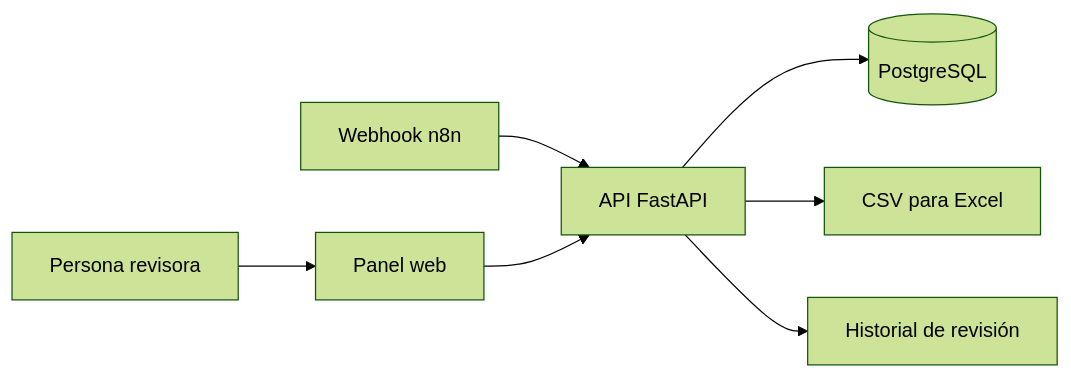
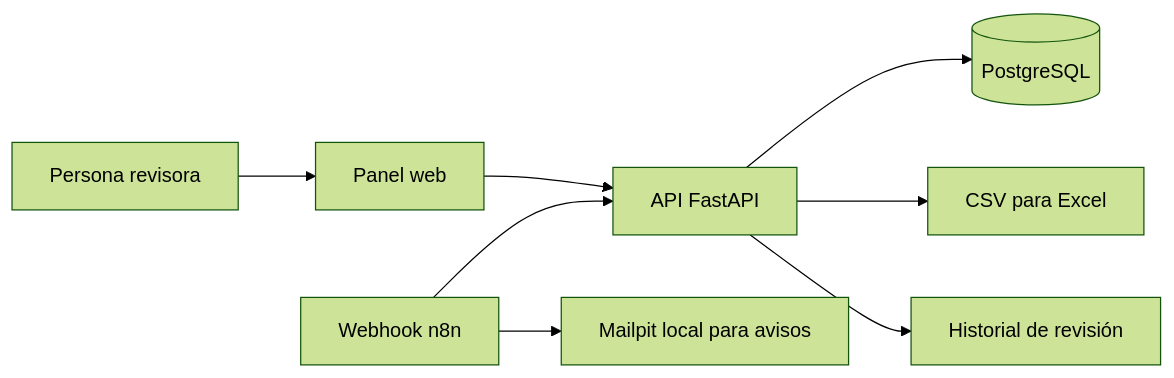
The diagram in docs/portfolio-case-study.md (pablo-contreras-dev/invoiceflow), drawn with Mermaid (forest theme) before and after one commit. The commit also changed other lines of this file and 1 other file, not shown here.

Commit message:
docs: document local mail capture architecture

````diff
--- a/docs/portfolio-case-study.md
+++ b/docs/portfolio-case-study.md
@@ -21,9 +22,10 @@
 ```mermaid
 flowchart LR
     n8n[Webhook n8n] --> api[API FastAPI]
+    n8n --> mailpit[Mailpit local para avisos]
     api --> db[(PostgreSQL)]
     reviewer[Persona revisora] --> panel[Panel web]
     panel --> api
     api --> csv[CSV para Excel]
     api --> audit[Historial de revisión]
 ```
````
